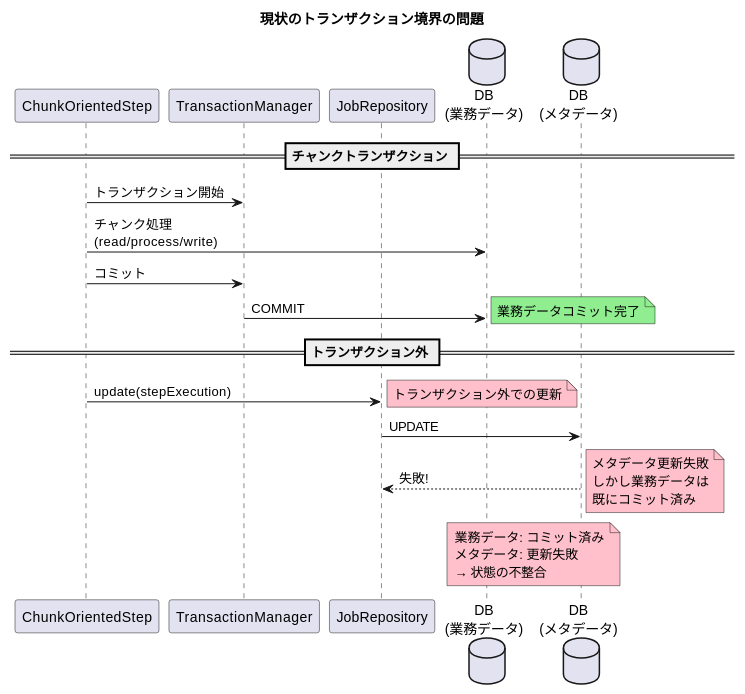
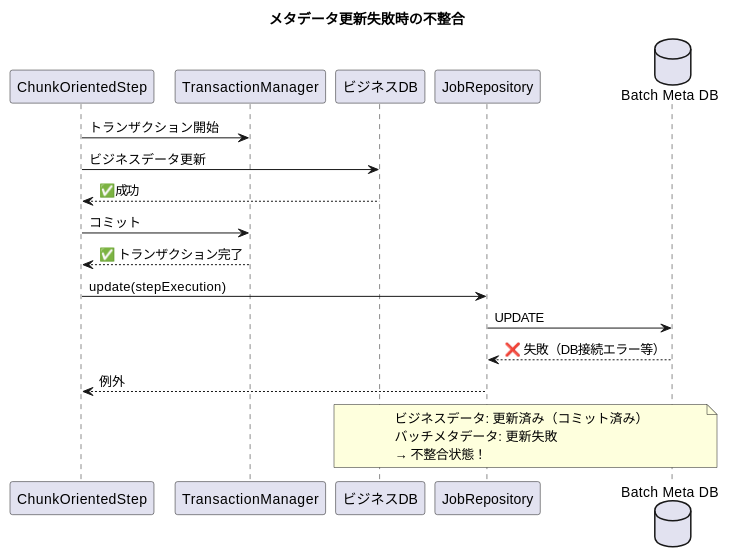
The second of 3 diagrams in output/spring-batch/6.0.2/all/current/markdown/issues_summary/issue_5199.md (mochimoching/github_issue_translate), drawn with PlantUML before and after one commit. The commit also changed other lines of this file and 76 other files, not shown here.

````diff
--- a/output/spring-batch/6.0.2/all/current/markdown/issues_summary/issue_5199.md
+++ b/output/spring-batch/6.0.2/all/current/markdown/issues_summary/issue_5199.md
@@ -18,32 +52,29 @@
 ```plantuml
 @startuml
-title 現状のトランザクション境界の問題
+title メタデータ更新失敗時の不整合
 
 participant "ChunkOrientedStep" as Step
-participant "TransactionManager" as TxMgr
+participant "TransactionManager" as Tx
+participant "ビジネスDB" as BizDB
 participant "JobRepository" as Repo
-database "DB\n(業務データ)" as BizDB
-database "DB\n(メタデータ)" as MetaDB
+database "Batch Meta DB" as MetaDB
 
-== チャンクトランザクション ==
-Step -> TxMgr: トランザクション開始
-Step -> BizDB: チャンク処理\n(read/process/write)
-Step -> TxMgr: コミット
-TxMgr -> BizDB: COMMIT
-note right #lightgreen: 業務データコミット完了
+Step -> Tx: トランザクション開始
+Step -> BizDB: ビジネスデータ更新
+BizDB --> Step: ✅ 成功
+Step -> Tx: コミット
+Tx --> Step: ✅ トランザクション完了
 
-== トランザクション外 ==
 Step -> Repo: update(stepExecution)
-note right #pink: トランザクション外での更新
 Repo -> MetaDB: UPDATE
-MetaDB --> Repo: 失敗!
-note right #pink: メタデータ更新失敗\nしかし業務データは\n既にコミット済み
+MetaDB --> Repo: ❌ 失敗（DB接続エラー等）
+Repo --> Step: 例外
 
-note over BizDB, MetaDB #pink
-業務データ: コミット済み
-メタデータ: 更新失敗
-→ 状態の不整合
+note over BizDB, MetaDB
+ビジネスデータ: 更新済み（コミット済み）
+バッチメタデータ: 更新失敗
+→ 不整合状態！
 end note
 
 @enduml
 ```
````
